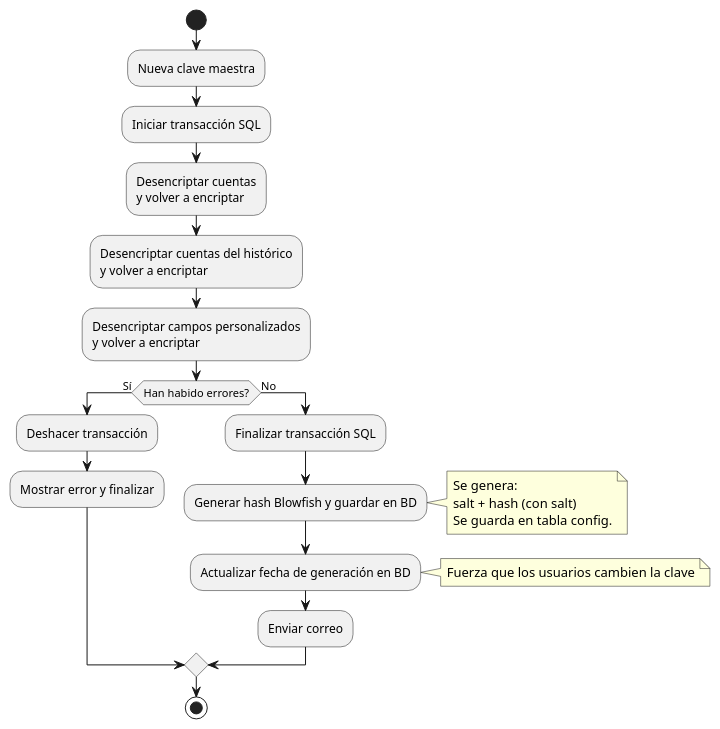
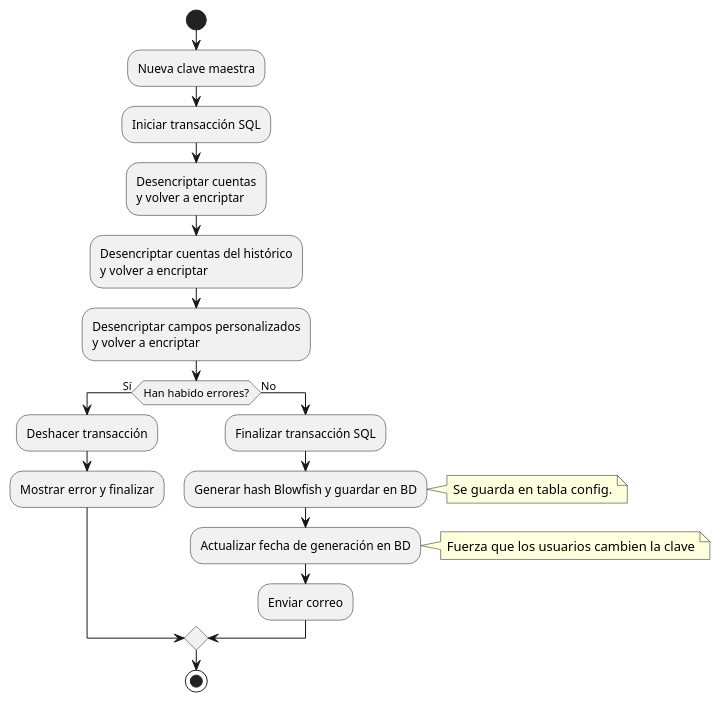
The third of 8 diagrams in docs/source/application/encryption.rst (sysPass/sysPass-doc), drawn with PlantUML before and after one commit. The commit also changed other lines of this file and 7 other files, not shown here.

```diff
--- a/docs/source/application/encryption.rst
+++ b/docs/source/application/encryption.rst
@@ -148,46 +153,44 @@
   .. uml::
 
     @startuml
 
     start
 
     :Nueva clave maestra;
 
     :Iniciar transacción SQL;
 
     :Desencriptar cuentas
     y volver a encriptar;
 
     :Desencriptar cuentas del histórico
     y volver a encriptar;
 
     :Desencriptar campos personalizados
     y volver a encriptar;
 
     if (Han habido errores?) then (Sí)
       :Deshacer transacción;
 
       :Mostrar error y finalizar;
     else (No)
       :Finalizar transacción SQL;
 
       :Generar hash Blowfish y guardar en BD;
 
       note right
-       Se genera:
-       salt + hash (con salt)
        Se guarda en tabla config.
       end note
 
       :Actualizar fecha de generación en BD;
 
       note right
        Fuerza que los usuarios cambien la clave
       end note
 
       :Enviar correo;
     endif
 
     stop
 
     @enduml
```
